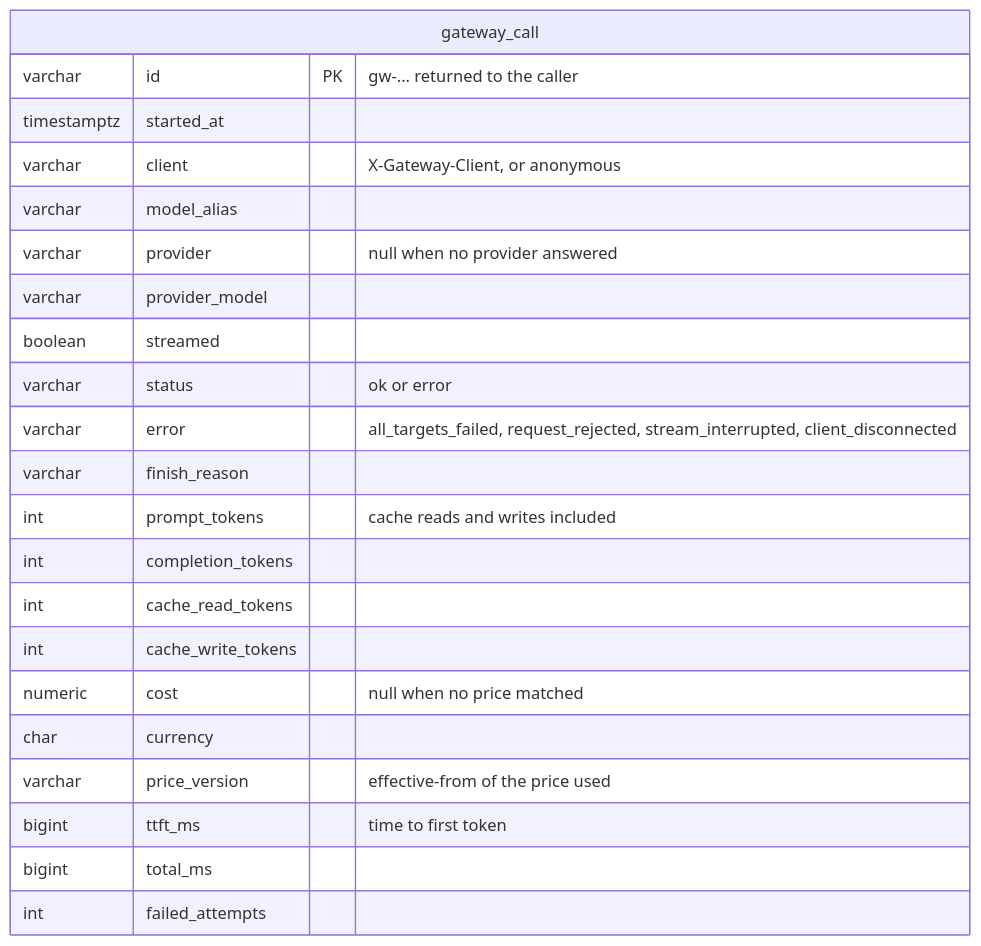
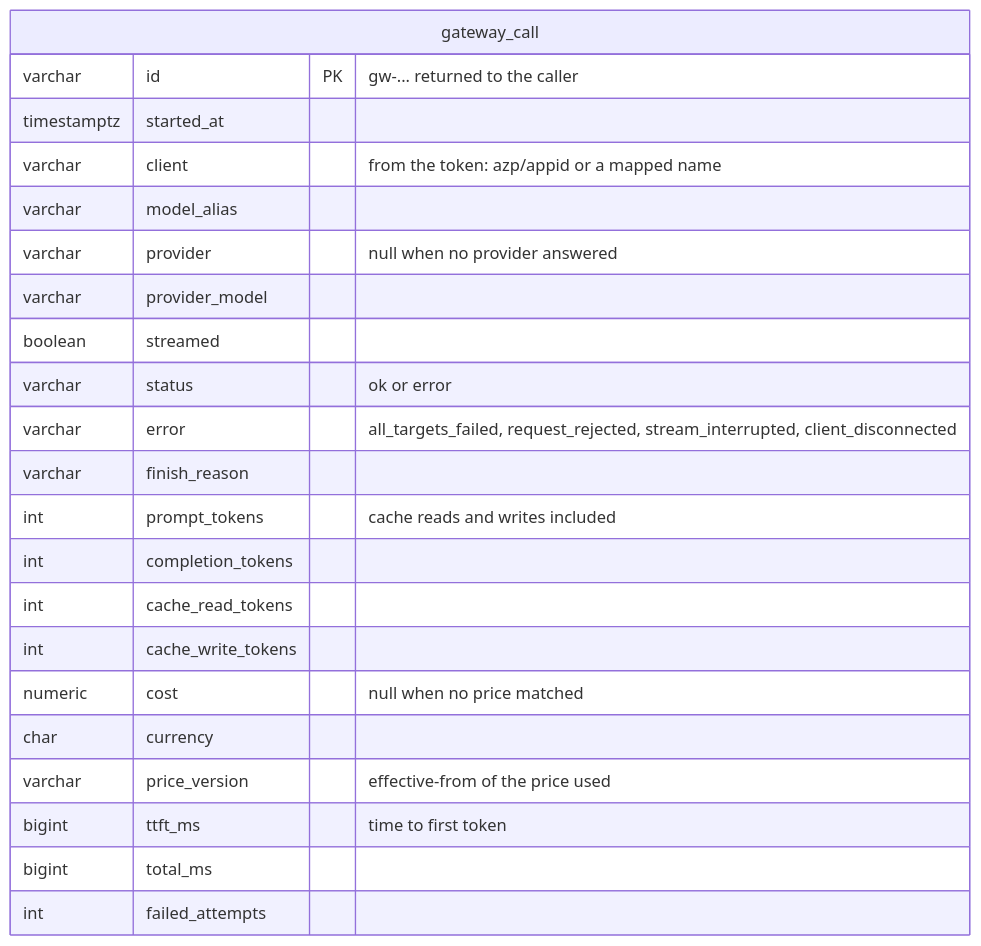
One commit to rmkr-dev/rag-eval-gateway changed the second of 3 diagrams in docs/tracking.md. Above: the diagram before and after it, drawn with Mermaid. The commit also changed other lines of this file and 5 other files, not shown here.

````diff
--- a/docs/tracking.md
+++ b/docs/tracking.md
@@ -28,25 +28,25 @@
 ```mermaid
 erDiagram
     gateway_call {
         varchar id PK "gw-... returned to the caller"
         timestamptz started_at
-        varchar client "X-Gateway-Client, or anonymous"
+        varchar client "from the token: azp/appid or a mapped name"
         varchar model_alias
         varchar provider "null when no provider answered"
         varchar provider_model
         boolean streamed
         varchar status "ok or error"
         varchar error "all_targets_failed, request_rejected, stream_interrupted, client_disconnected"
         varchar finish_reason
         int prompt_tokens "cache reads and writes included"
         int completion_tokens
         int cache_read_tokens
         int cache_write_tokens
         numeric cost "null when no price matched"
         char currency
         varchar price_version "effective-from of the price used"
         bigint ttft_ms "time to first token"
         bigint total_ms
         int failed_attempts
     }
 ```
````
